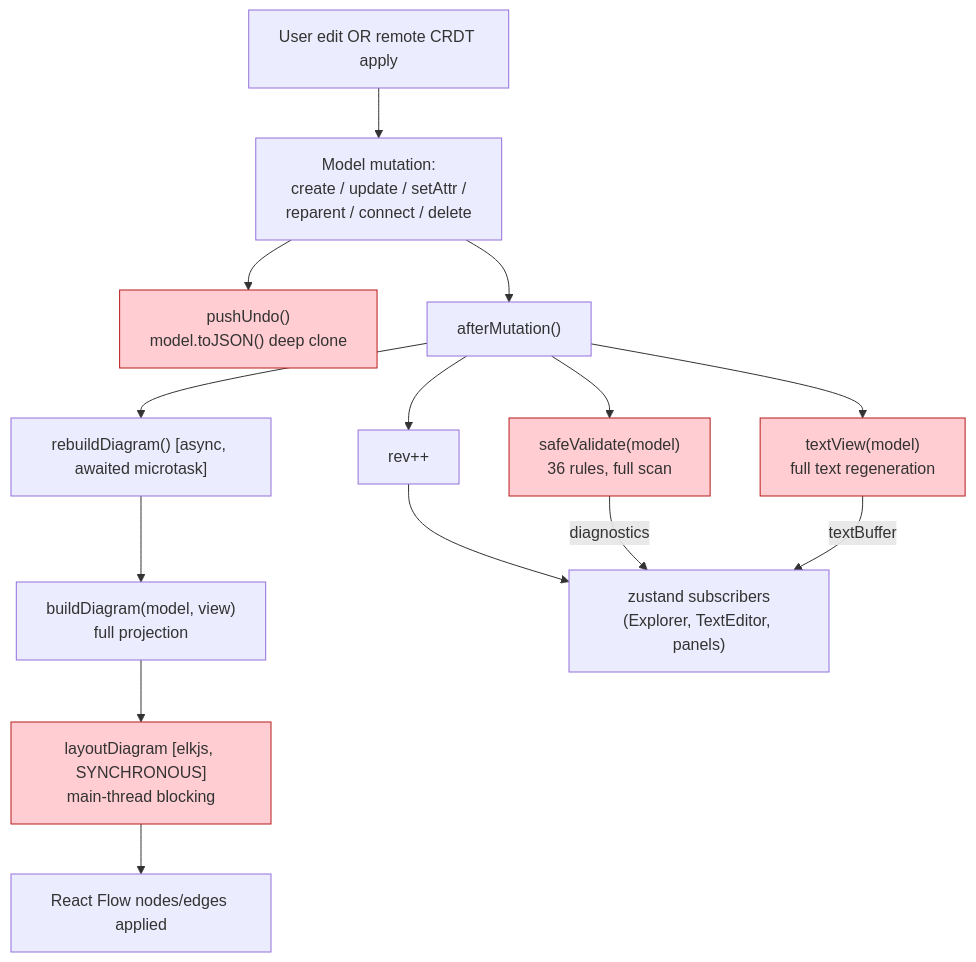
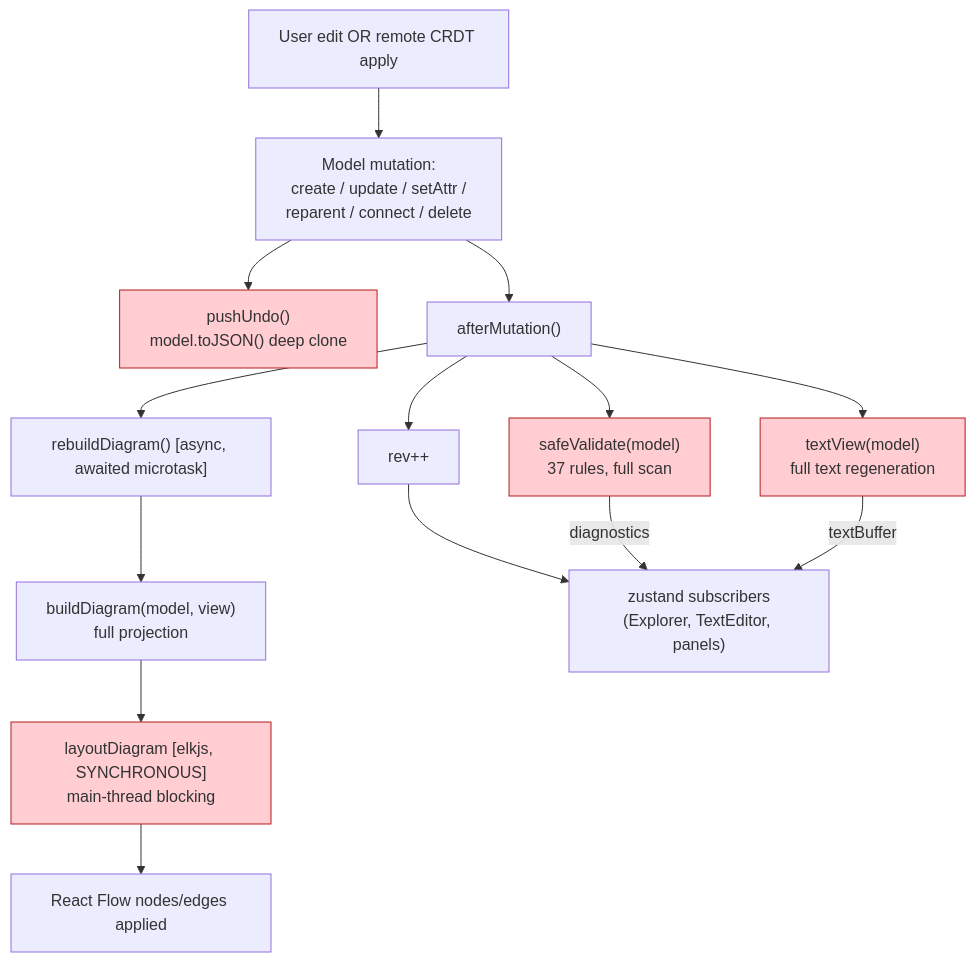
The third of 7 diagrams in docs/architecture/05-data-flow.md (cosmindxu/sysprose), drawn with Mermaid before and after one commit. The commit also changed 13 other files, not shown here.

````diff
--- a/docs/architecture/05-data-flow.md
+++ b/docs/architecture/05-data-flow.md
@@ -98,32 +98,32 @@
 ```mermaid
 flowchart TB
     trigger["User edit OR remote CRDT apply"]
     op["Model mutation:\ncreate / update / setAttr /\nreparent / connect / delete"]
     pushUndo["pushUndo()\nmodel.toJSON() deep clone"]
     afterMut["afterMutation()"]
-    validate["safeValidate(model)\n36 rules, full scan"]
+    validate["safeValidate(model)\n37 rules, full scan"]
     serialize["textView(model)\nfull text regeneration"]
     bump["rev++"]
     rebuild["rebuildDiagram() [async, awaited microtask]"]
     build["buildDiagram(model, view)\nfull projection"]
     layout["layoutDiagram [elkjs, SYNCHRONOUS]\nmain-thread blocking"]
     apply["React Flow nodes/edges applied"]
     listeners[" zustand subscribers\n(Explorer, TextEditor, panels)"]
 
     trigger --> op
     op --> pushUndo
     op --> afterMut
     afterMut --> validate
     afterMut --> serialize
     afterMut --> bump
     afterMut --> rebuild
     rebuild --> build
     build --> layout
     layout --> apply
     bump --> listeners
     validate -->|diagnostics| listeners
     serialize -->|textBuffer| listeners
 
     classDef hot fill:#ffcdd2,stroke:#b71c1c
     class validate,serialize,layout,pushUndo hot
 ```
````
